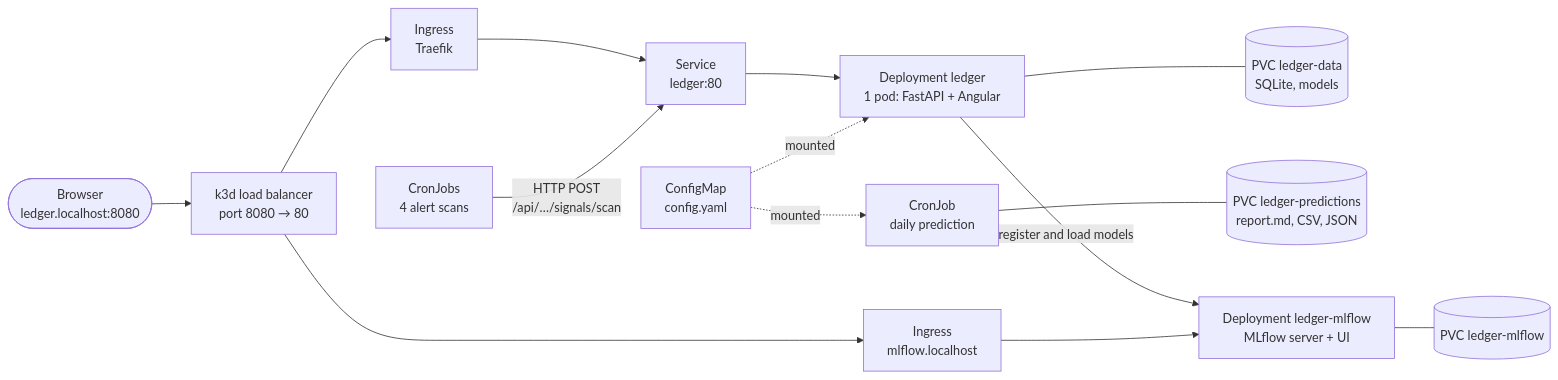
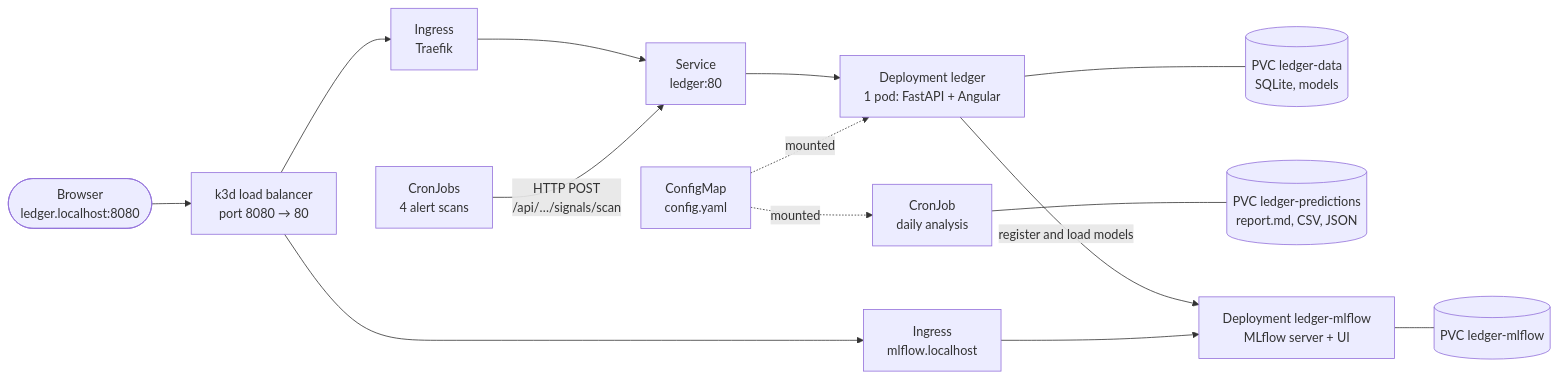
One commit to elyr/stock-market-predictor changed the diagram in docs/KUBERNETES.md. Above: the diagram before and after it, drawn with Mermaid. The commit also changed other lines of this file and 48 other files, not shown here.

````diff
--- a/docs/KUBERNETES.md
+++ b/docs/KUBERNETES.md
@@ -61,15 +61,15 @@
 ```mermaid
 flowchart LR
     browser([Browser<br/>ledger.localhost:8080]) --> lb[k3d load balancer<br/>port 8080 → 80]
     lb --> ingress[Ingress<br/>Traefik]
     ingress --> svc[Service<br/>ledger:80]
     svc --> pod[Deployment ledger<br/>1 pod: FastAPI + Angular]
     pod --- data[(PVC ledger-data<br/>SQLite, models)]
     cfg[ConfigMap<br/>config.yaml] -.mounted.-> pod
     scans[CronJobs<br/>4 alert scans] -->|HTTP POST<br/>/api/…/signals/scan| svc
-    daily[CronJob<br/>daily prediction] --- results[(PVC ledger-predictions<br/>report.md, CSV, JSON)]
+    daily[CronJob<br/>daily analysis] --- results[(PVC ledger-predictions<br/>report.md, CSV, JSON)]
     pod -->|register and load models| mlflow[Deployment ledger-mlflow<br/>MLflow server + UI]
     mlflow --- mlflowdata[(PVC ledger-mlflow)]
     lb --> mlflowingress[Ingress<br/>mlflow.localhost] --> mlflow
     cfg -.mounted.-> daily
 ```
````
